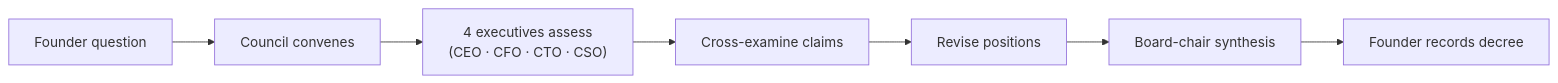
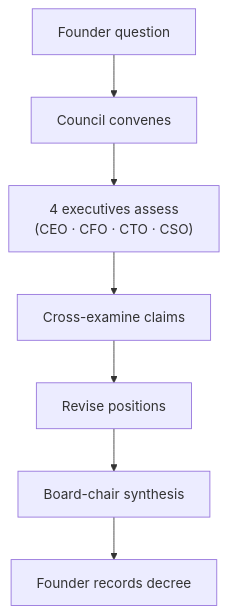
The first of 2 diagrams in README.md (chrisvinsonk/PANTHEON), drawn with Mermaid before and after one commit. The commit also changed 5 other files, not shown here.

Commit message:
Add end-to-end onboarding flow for new users

````diff
--- a/README.md
+++ b/README.md
@@ -19,9 +19,9 @@
 ```mermaid
-flowchart LR
+flowchart TB
     Q["Founder question"] --> C["Council convenes"]
     C --> A["4 executives assess<br/>(CEO · CFO · CTO · CSO)"]
     A --> X["Cross-examine claims"]
     X --> R["Revise positions"]
     R --> S["Board-chair synthesis"]
     S --> D["Founder records decree"]
 ```
````
